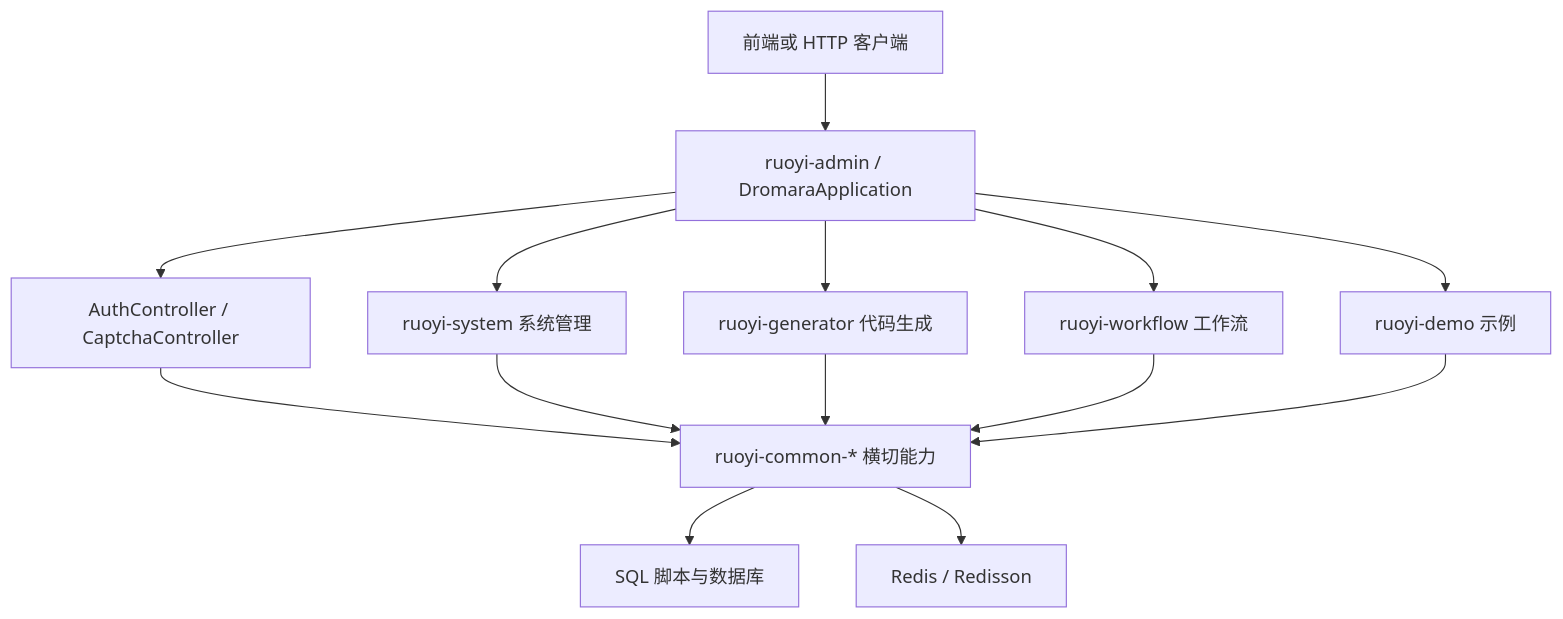
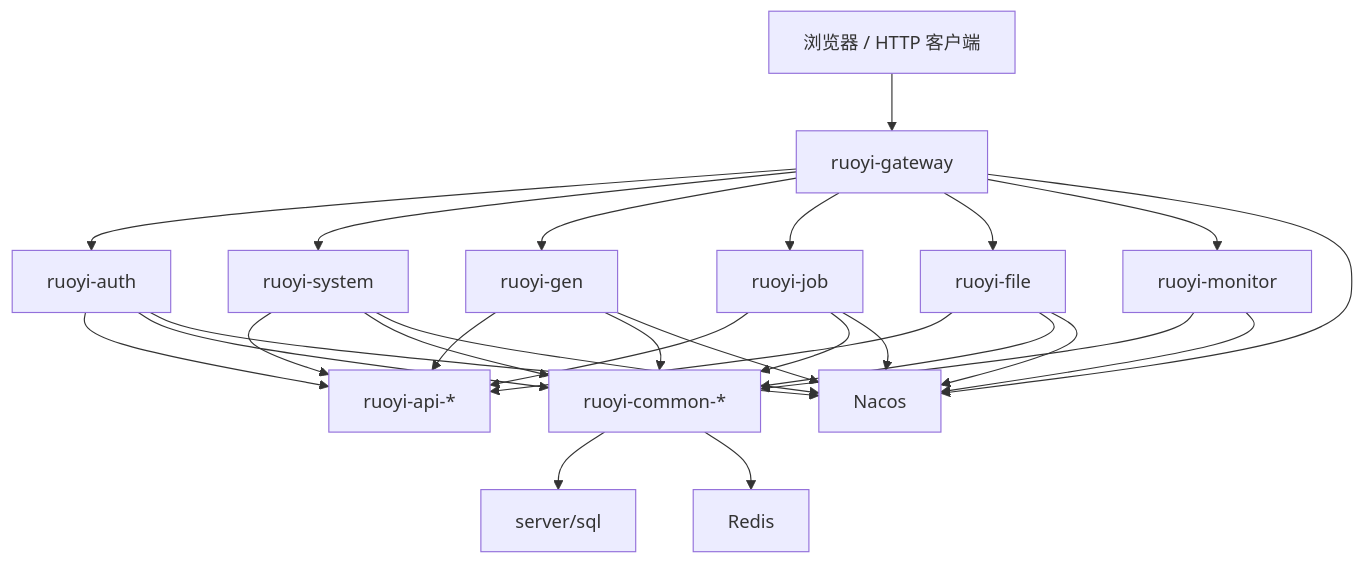
Before and after one commit to KoshiroPeng/HarnessBase: the diagram in docs/architecture/code-map.md, drawn with Mermaid. The commit also changed other lines of this file and 59 other files, not shown here.

````diff
--- a/docs/architecture/code-map.md
+++ b/docs/architecture/code-map.md
@@ -69,27 +78,44 @@
 ```mermaid
 flowchart TD
-    Client["前端或 HTTP 客户端"]
-    Admin["ruoyi-admin / DromaraApplication"]
-    Auth["AuthController / CaptchaController"]
-    Common["ruoyi-common-* 横切能力"]
-    System["ruoyi-system 系统管理"]
-    Generator["ruoyi-generator 代码生成"]
-    Workflow["ruoyi-workflow 工作流"]
-    Demo["ruoyi-demo 示例"]
-    DB["SQL 脚本与数据库"]
-    Redis["Redis / Redisson"]
+    Browser["浏览器 / HTTP 客户端"]
+    Gateway["ruoyi-gateway"]
+    Auth["ruoyi-auth"]
+    System["ruoyi-system"]
+    Gen["ruoyi-gen"]
+    Job["ruoyi-job"]
+    File["ruoyi-file"]
+    Monitor["ruoyi-monitor"]
+    Api["ruoyi-api-*"]
+    Common["ruoyi-common-*"]
+    SQL["server/sql"]
+    Redis["Redis"]
+    Nacos["Nacos"]
 
-    Client --> Admin
-    Admin --> Auth
-    Admin --> System
-    Admin --> Generator
-    Admin --> Workflow
-    Admin --> Demo
+    Browser --> Gateway
+    Gateway --> Auth
+    Gateway --> System
+    Gateway --> Gen
+    Gateway --> Job
+    Gateway --> File
+    Gateway --> Monitor
+    Auth --> Api
+    System --> Api
+    Gen --> Api
+    Job --> Api
+    File --> Api
     Auth --> Common
     System --> Common
-    Generator --> Common
-    Workflow --> Common
-    Demo --> Common
-    Common --> DB
+    Gen --> Common
+    Job --> Common
+    File --> Common
+    Monitor --> Common
+    Common --> SQL
     Common --> Redis
+    Gateway --> Nacos
+    Auth --> Nacos
+    System --> Nacos
+    Gen --> Nacos
+    Job --> Nacos
+    File --> Nacos
+    Monitor --> Nacos
 ```
````
